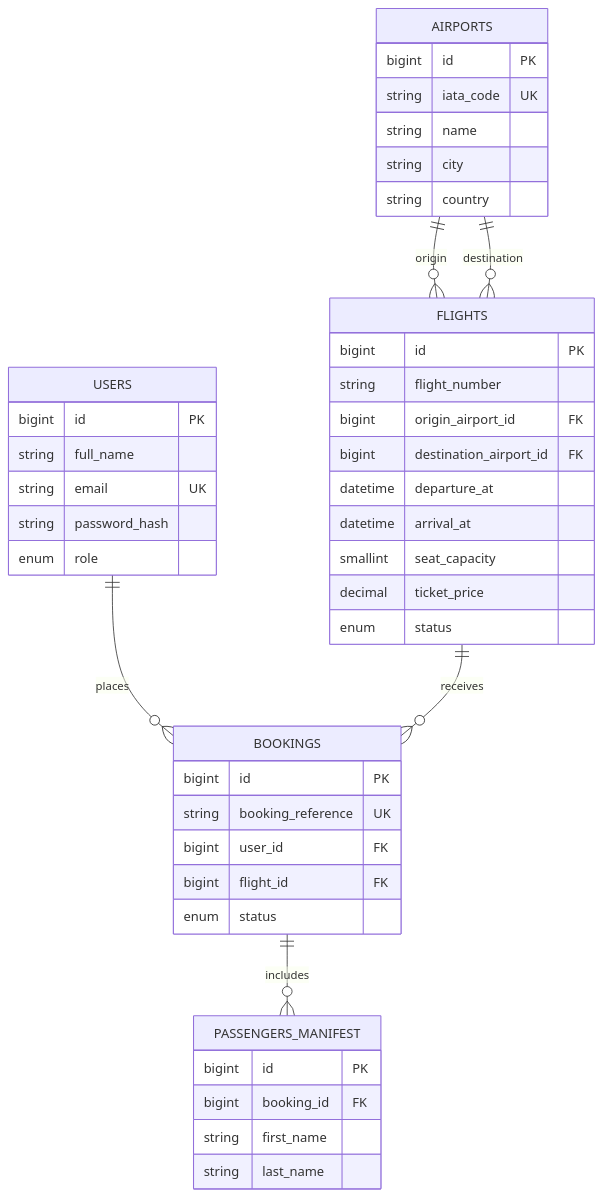
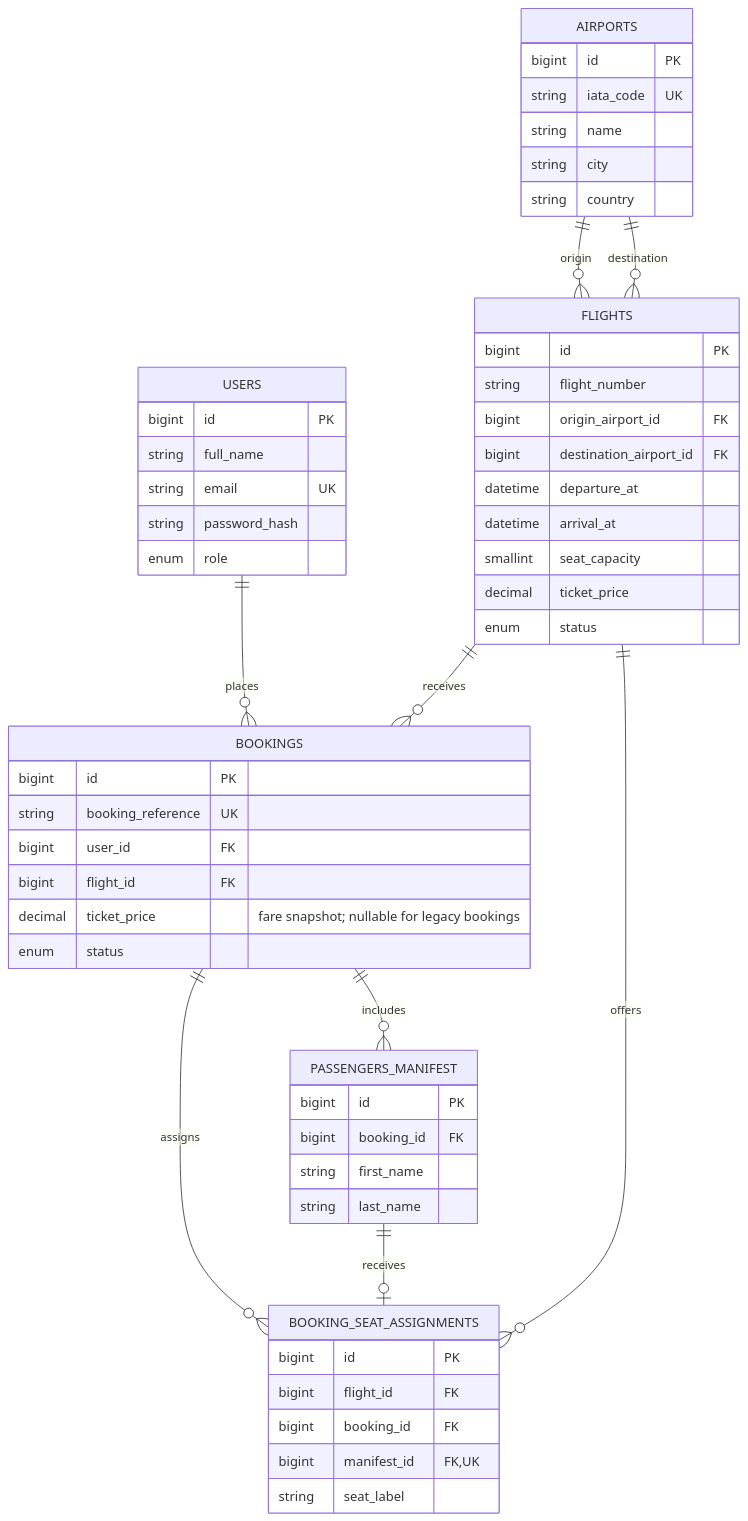
Before and after one commit to gift56/airline-reservation-system: the diagram in docs/database-erd.md, drawn with Mermaid. The commit also changed other lines of this file and 20 other files, not shown here.

Commit message:
implemented the User Dashboard & Ticket View and Booking & Reservation Flow

````diff
--- a/docs/database-erd.md
+++ b/docs/database-erd.md
@@ -5,47 +5,58 @@
 ```mermaid
 erDiagram
     USERS ||--o{ BOOKINGS : places
     FLIGHTS ||--o{ BOOKINGS : receives
     AIRPORTS ||--o{ FLIGHTS : origin
     AIRPORTS ||--o{ FLIGHTS : destination
     BOOKINGS ||--o{ PASSENGERS_MANIFEST : includes
+    BOOKINGS ||--o{ BOOKING_SEAT_ASSIGNMENTS : assigns
+    PASSENGERS_MANIFEST ||--o| BOOKING_SEAT_ASSIGNMENTS : receives
+    FLIGHTS ||--o{ BOOKING_SEAT_ASSIGNMENTS : offers
 
     USERS {
         bigint id PK
         string full_name
         string email UK
         string password_hash
         enum role
     }
     AIRPORTS {
         bigint id PK
         string iata_code UK
         string name
         string city
         string country
     }
     FLIGHTS {
         bigint id PK
         string flight_number
         bigint origin_airport_id FK
         bigint destination_airport_id FK
         datetime departure_at
         datetime arrival_at
         smallint seat_capacity
         decimal ticket_price
         enum status
     }
     BOOKINGS {
         bigint id PK
         string booking_reference UK
         bigint user_id FK
         bigint flight_id FK
+        decimal ticket_price "fare snapshot; nullable for legacy bookings"
         enum status
     }
     PASSENGERS_MANIFEST {
         bigint id PK
         bigint booking_id FK
         string first_name
         string last_name
     }
+    BOOKING_SEAT_ASSIGNMENTS {
+        bigint id PK
+        bigint flight_id FK
+        bigint booking_id FK
+        bigint manifest_id FK, UK
+        string seat_label
+    }
 ```
````
